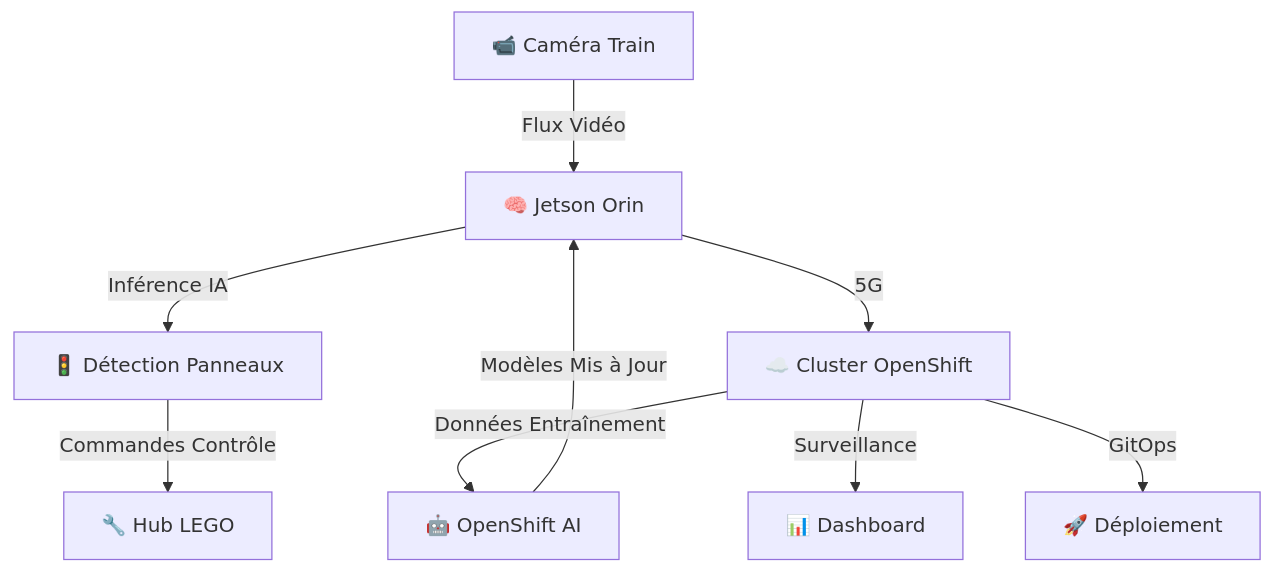
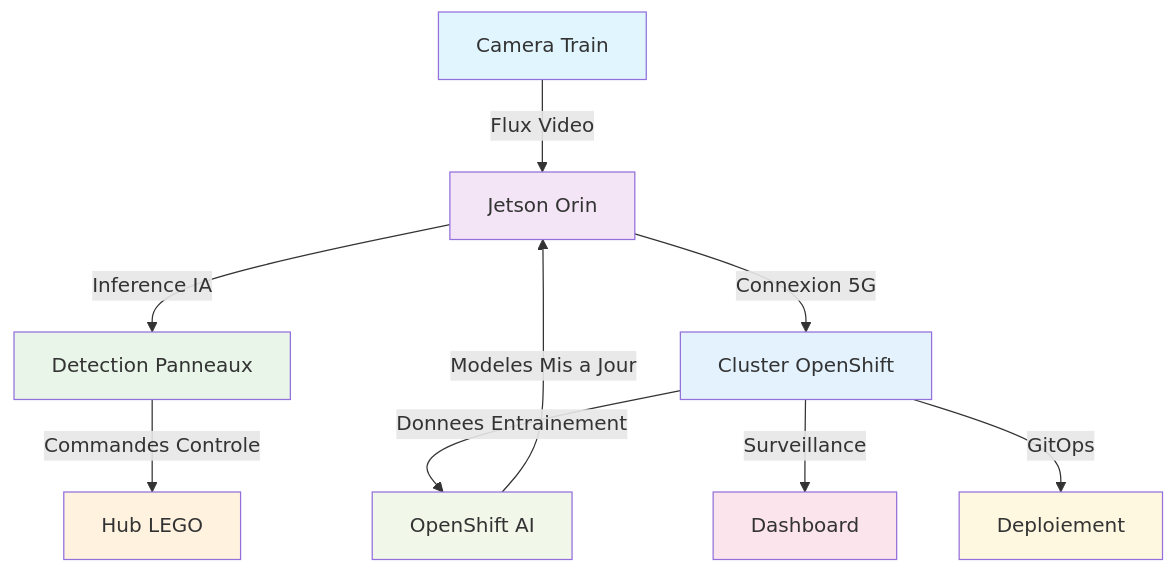
The diagram in content/overview/architecture.fr.md (Demo-AI-Edge-Crazy-Train/lego-summit-connect-2025-lab-statement), drawn with Mermaid before and after one commit. The commit also changed 2 other files, not shown here.

Commit message:
update diagramme architecture

````diff
--- a/content/overview/architecture.fr.md
+++ b/content/overview/architecture.fr.md
@@ -99,11 +99,20 @@
-```mermaid
+{{< mermaid >}}
 graph TD
-    A[📹 Caméra Train] -->|Flux Vidéo| B[🧠 Jetson Orin]
-    B -->|Inférence IA| C[🚦 Détection Panneaux]
-    C -->|Commandes Contrôle| D[🔧 Hub LEGO]
-    B -->|5G| E[☁️ Cluster OpenShift]
-    E -->|Données Entraînement| F[🤖 OpenShift AI]
-    F -->|Modèles Mis à Jour| B
-    E -->|Surveillance| G[📊 Dashboard]
-    E -->|GitOps| H[🚀 Déploiement]
-```
+    A[Camera Train] -->|Flux Video| B[Jetson Orin]
+    B -->|Inference IA| C[Detection Panneaux]
+    C -->|Commandes Controle| D[Hub LEGO]
+    B -->|Connexion 5G| E[Cluster OpenShift]
+    E -->|Donnees Entrainement| F[OpenShift AI]
+    F -->|Modeles Mis a Jour| B
+    E -->|Surveillance| G[Dashboard]
+    E -->|GitOps| H[Deploiement]
+    
+    style A fill:#e1f5fe
+    style B fill:#f3e5f5
+    style C fill:#e8f5e8
+    style D fill:#fff3e0
+    style E fill:#e3f2fd
+    style F fill:#f1f8e9
+    style G fill:#fce4ec
+    style H fill:#fff8e1
+{{< /mermaid >}}
````
